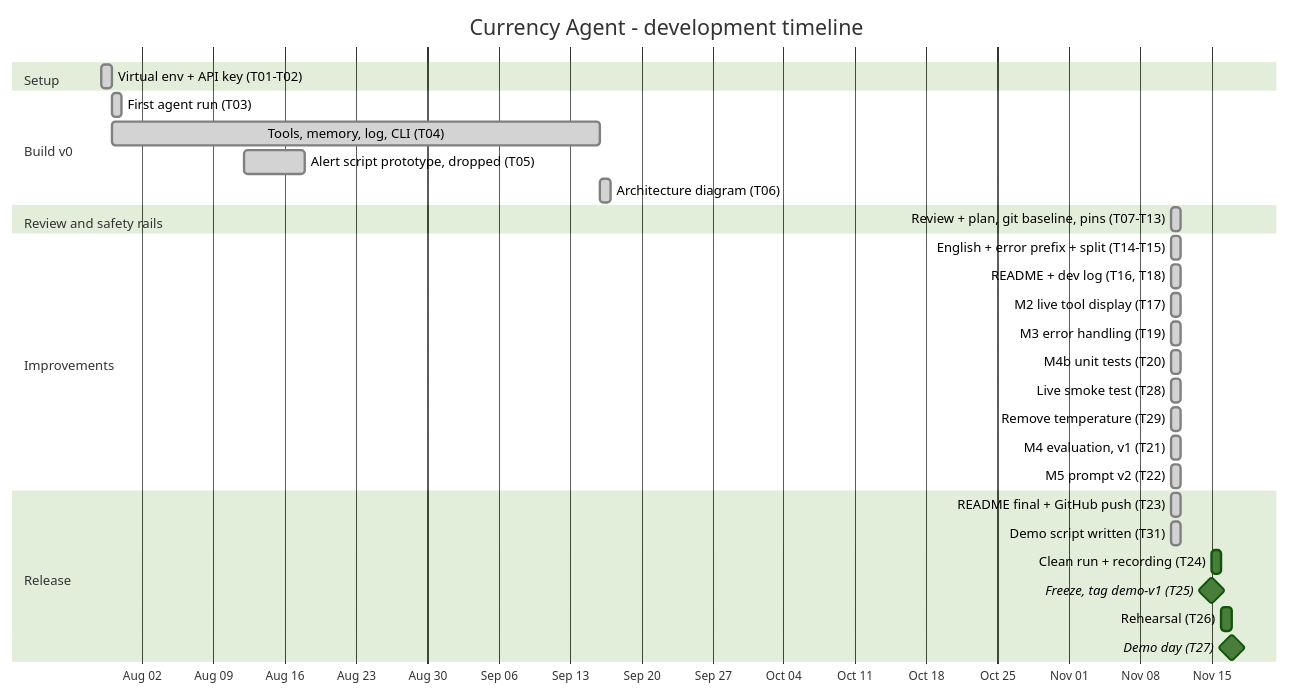
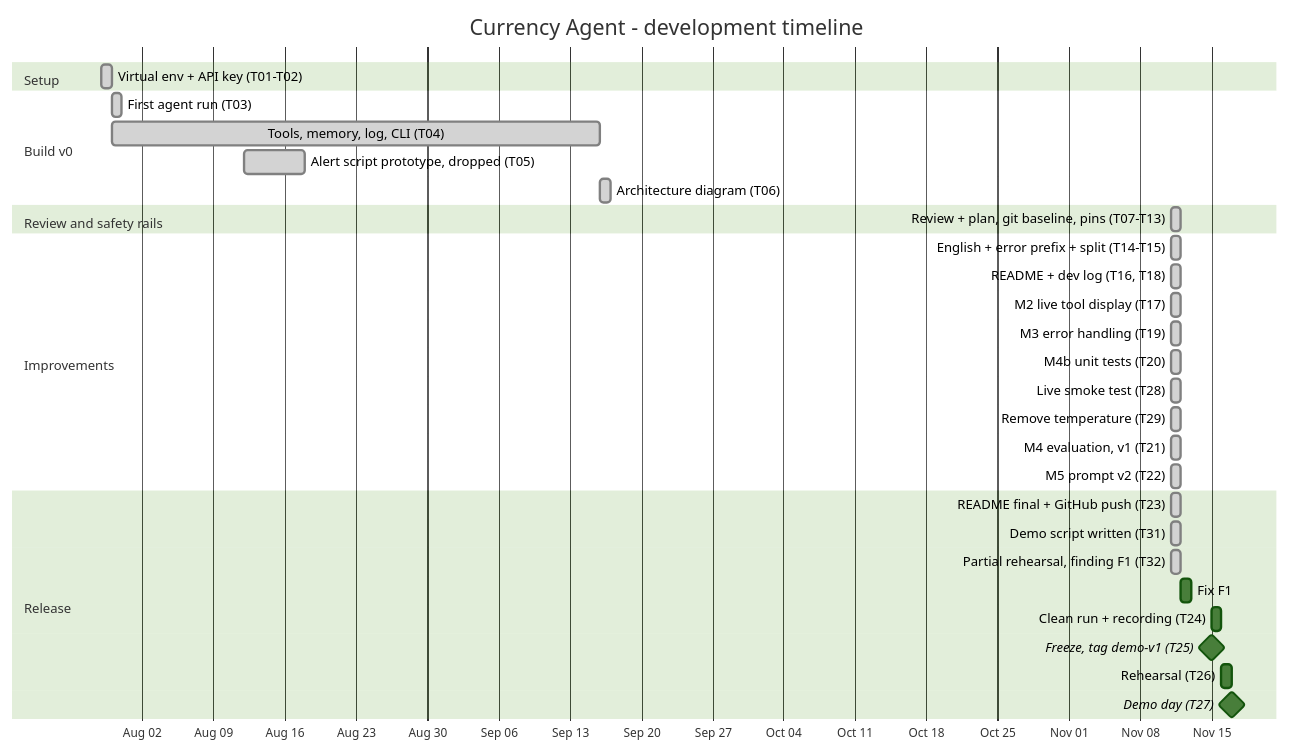
The diagram in docs/dev_log.md (falthackel/agentic-financial-monitoring-assistant), drawn with Mermaid (forest theme) before and after one commit. The commit also changed other lines of this file and 1 other file, not shown here.

Commit message:
docs: record rehearsal finding F1 (no IHSG history) in dev log and limitations

````diff
--- a/docs/dev_log.md
+++ b/docs/dev_log.md
@@ -53,37 +55,39 @@
 ```mermaid
 gantt
     title Currency Agent - development timeline
     dateFormat YYYY-MM-DD
     axisFormat %b %d
 
     section Setup
     Virtual env + API key (T01-T02)          :done, t01, 2026-07-29, 1d
 
     section Build v0
     First agent run (T03)                    :done, t03, 2026-07-30, 1d
     Tools, memory, log, CLI (T04)            :done, t04, 2026-07-30, 2026-09-16
     Alert script prototype, dropped (T05)    :done, t05, 2026-08-12, 2026-08-18
     Architecture diagram (T06)               :done, t06, 2026-09-16, 1d
 
     section Review and safety rails
     Review + plan, git baseline, pins (T07-T13) :done, t07, 2026-11-11, 1d
 
     section Improvements
     English + error prefix + split (T14-T15) :done, t14, 2026-11-11, 1d
     README + dev log (T16, T18)              :done, t16, 2026-11-11, 1d
     M2 live tool display (T17)               :done, t17, 2026-11-11, 1d
     M3 error handling (T19)                  :done, t19, 2026-11-11, 1d
     M4b unit tests (T20)                     :done, t20, 2026-11-11, 1d
     Live smoke test (T28)                    :done, t28, 2026-11-11, 1d
     Remove temperature (T29)                 :done, t29, 2026-11-11, 1d
     M4 evaluation, v1 (T21)                  :done, t21, 2026-11-11, 1d
     M5 prompt v2 (T22)                       :done, t22, 2026-11-11, 1d
 
     section Release
     README final + GitHub push (T23)         :done, t23, 2026-11-11, 1d
     Demo script written (T31)                :done, t31, 2026-11-11, 1d
+    Partial rehearsal, finding F1 (T32)      :done, t32, 2026-11-11, 1d
+    Fix F1: IHSG history (T33)               :t33, 2026-11-12, 1d
     Clean run + recording (T24)              :t24, 2026-11-15, 1d
     Freeze, tag demo-v1 (T25)                :milestone, t25, 2026-11-15, 0d
     Rehearsal (T26)                          :t26, 2026-11-16, 1d
     Demo day (T27)                     :milestone, t27, 2026-11-17, 0d
 ```
````
